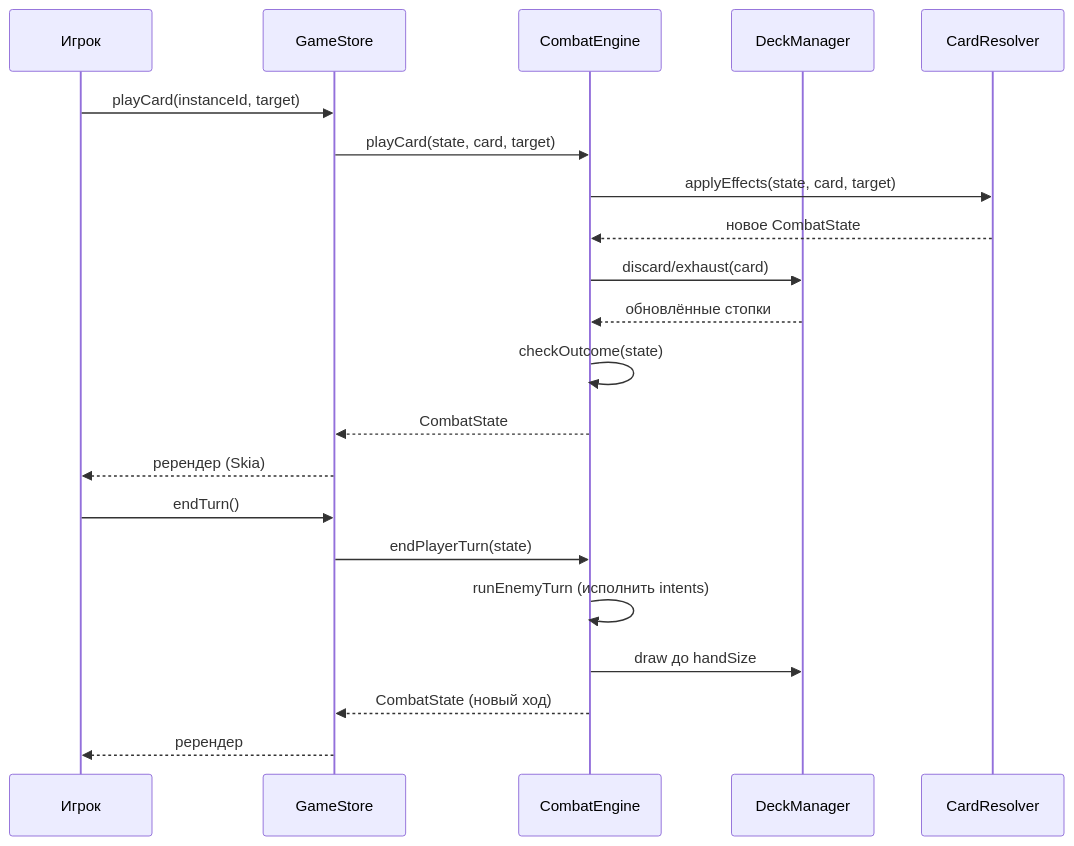
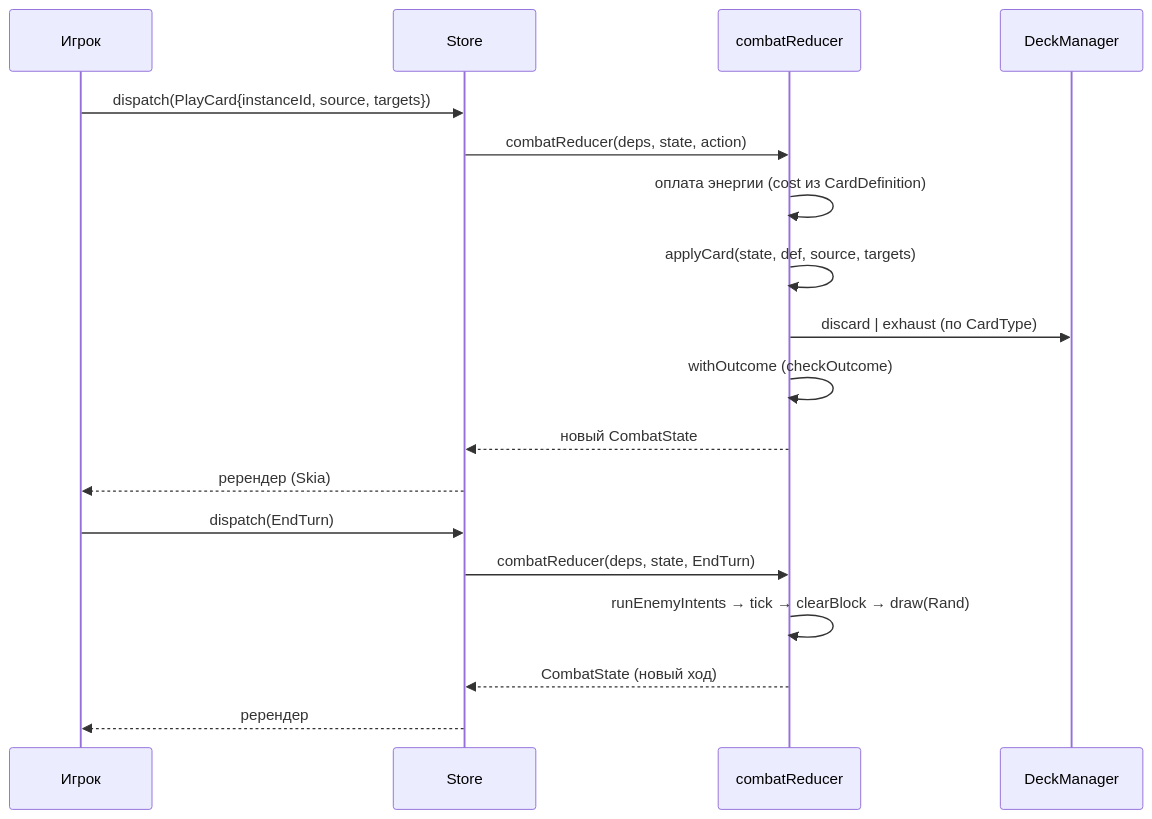
One commit to SPbZOVal/yar changed the second of 2 diagrams in docs/architecture/05-generation-combat.md. Above: the diagram before and after it, drawn with Mermaid. The commit also changed other lines of this file and 43 other files, not shown here.

First line of the commit message:
refactor(domain): functional, registry-driven domain architecture

````diff
--- a/docs/architecture/05-generation-combat.md
+++ b/docs/architecture/05-generation-combat.md
@@ -64,25 +64,22 @@
 ```mermaid
 sequenceDiagram
     participant U as Игрок
-    participant S as GameStore
-    participant E as CombatEngine
+    participant S as Store
+    participant R as combatReducer
     participant D as DeckManager
-    participant R as CardResolver
 
-    U->>S: playCard(instanceId, target)
-    S->>E: playCard(state, card, target)
-    E->>R: applyEffects(state, card, target)
-    R-->>E: новое CombatState
-    E->>D: discard/exhaust(card)
-    D-->>E: обновлённые стопки
-    E->>E: checkOutcome(state)
-    E-->>S: CombatState
+    U->>S: dispatch(PlayCard{instanceId, source, targets})
+    S->>R: combatReducer(deps, state, action)
+    R->>R: оплата энергии (cost из CardDefinition)
+    R->>R: applyCard(state, def, source, targets)
+    R->>D: discard | exhaust (по CardType)
+    R->>R: withOutcome (checkOutcome)
+    R-->>S: новый CombatState
     S-->>U: ререндер (Skia)
 
-    U->>S: endTurn()
-    S->>E: endPlayerTurn(state)
-    E->>E: runEnemyTurn (исполнить intents)
-    E->>D: draw до handSize
-    E-->>S: CombatState (новый ход)
+    U->>S: dispatch(EndTurn)
+    S->>R: combatReducer(deps, state, EndTurn)
+    R->>R: runEnemyIntents → tick → clearBlock → draw(Rand)
+    R-->>S: CombatState (новый ход)
     S-->>U: ререндер
 ```
````
